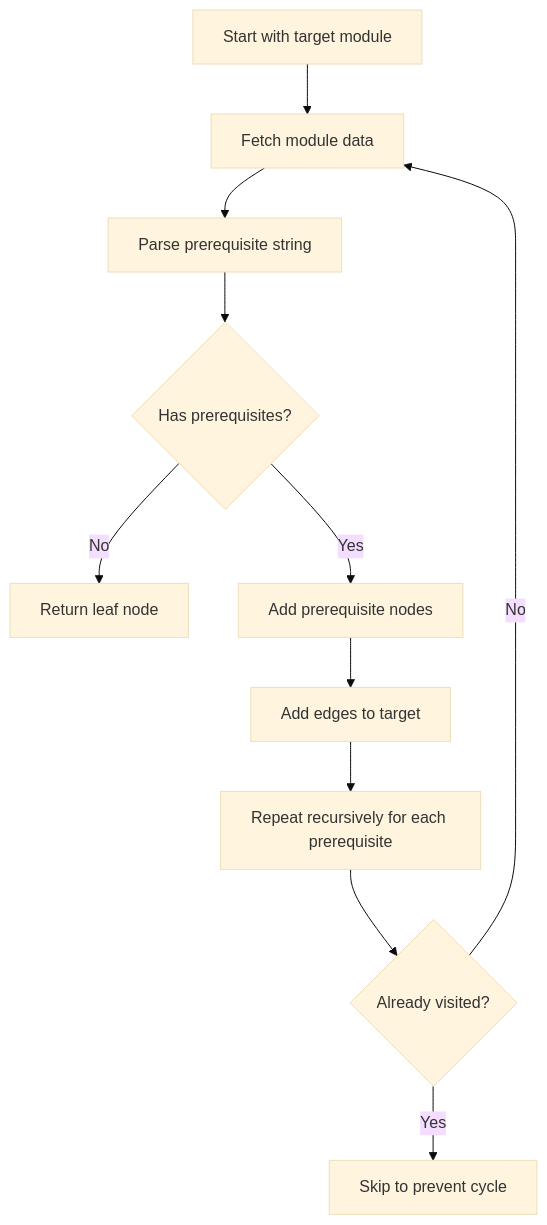
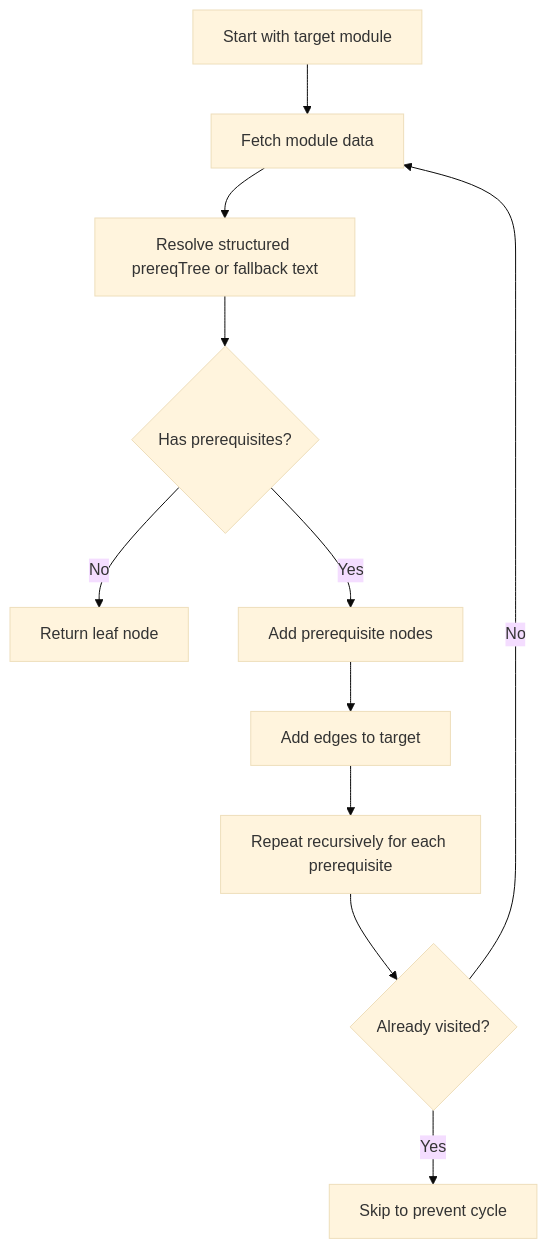
Before and after one commit to arav31/NUS-Tree: the tenth of 14 diagrams in README.md, drawn with Mermaid (base theme). The commit also changed other lines of this file and 3 other files, not shown here.

````diff
--- a/README.md
+++ b/README.md
@@ -1011,13 +950,13 @@
 ```mermaid
 flowchart TD
     A[Start with target module] --> B[Fetch module data]
-    B --> C[Parse prerequisite string]
+    B --> C[Resolve structured prereqTree or fallback text]
     C --> D{Has prerequisites?}
     D -- No --> E[Return leaf node]
     D -- Yes --> F[Add prerequisite nodes]
     F --> G[Add edges to target]
     G --> H[Repeat recursively for each prerequisite]
     H --> I{Already visited?}
     I -- Yes --> J[Skip to prevent cycle]
     I -- No --> B
 ```
````
